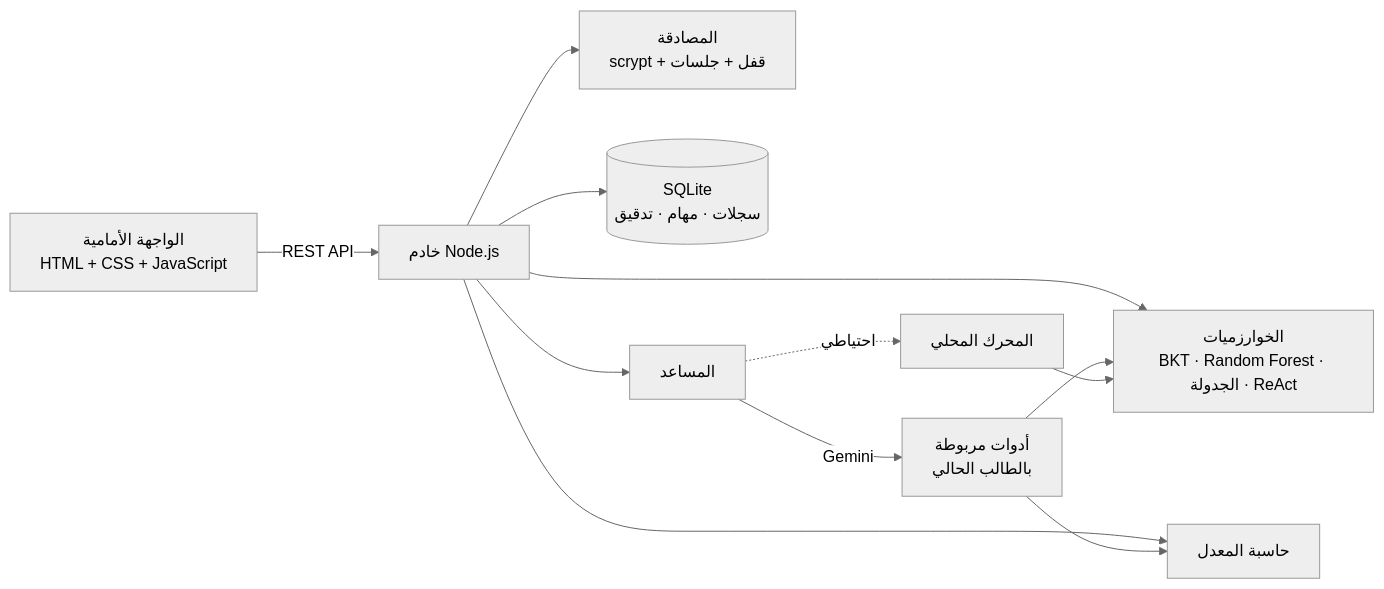
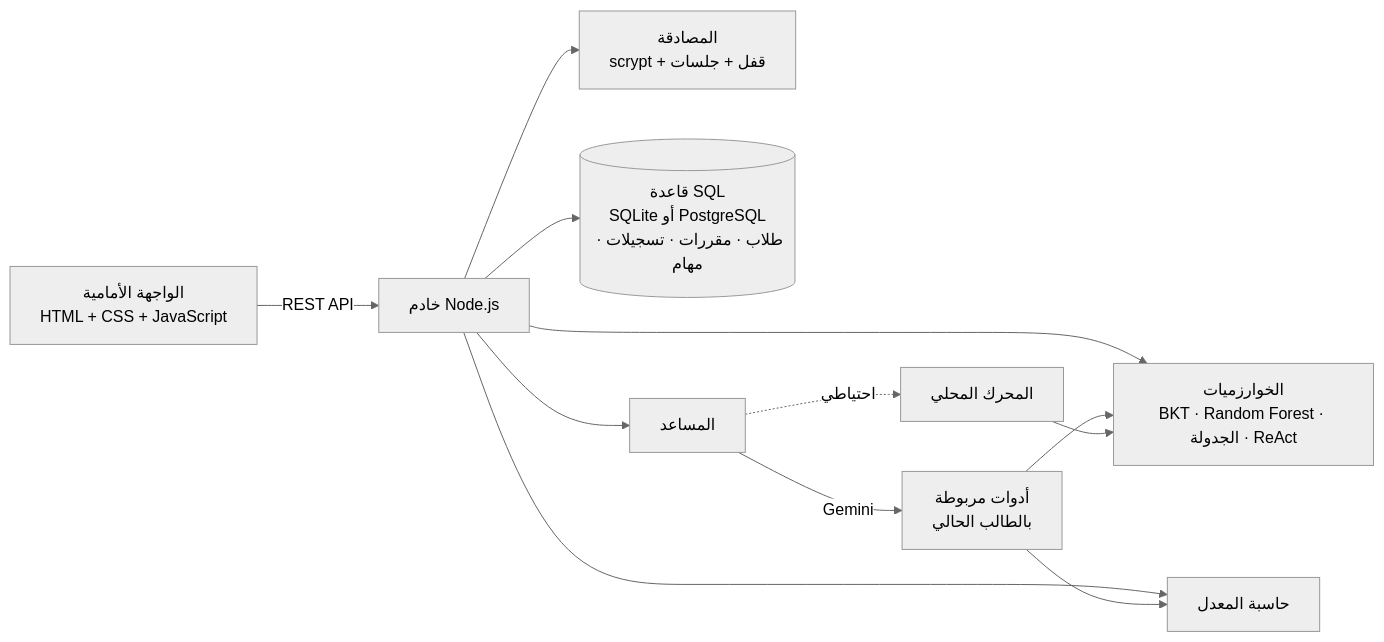
Before and after one commit to barvlk/AgentForStudent: the diagram in README.md, drawn with Mermaid (neutral theme). The commit also changed other lines of this file and 20 other files, not shown here.

Commit message:
Move data to a normalized SQL database (SQLite/PostgreSQL) with migrations, views and constraints; tests on both engines

````diff
--- a/README.md
+++ b/README.md
@@ -71,14 +72,14 @@
 ```mermaid
 flowchart LR
     FE["الواجهة الأمامية<br/>HTML + CSS + JavaScript"] -- "REST API" --> API["خادم Node.js"]
     API --> AUTH["المصادقة<br/>scrypt + قفل + جلسات"]
-    API --> DB[("SQLite<br/>سجلات · مهام · تدقيق")]
+    API --> DB[("قاعدة SQL<br/>SQLite أو PostgreSQL<br/>طلاب · مقررات · تسجيلات · مهام")]
     API --> ML["الخوارزميات<br/>BKT · Random Forest · الجدولة · ReAct"]
     API --> GPA["حاسبة المعدل"]
     API --> CHAT["المساعد"]
     CHAT -- "Gemini" --> TOOLS["أدوات مربوطة<br/>بالطالب الحالي"]
     CHAT -. "احتياطي" .-> LOCAL["المحرك المحلي"]
     TOOLS --> ML
     TOOLS --> GPA
     LOCAL --> ML
 ```
````
